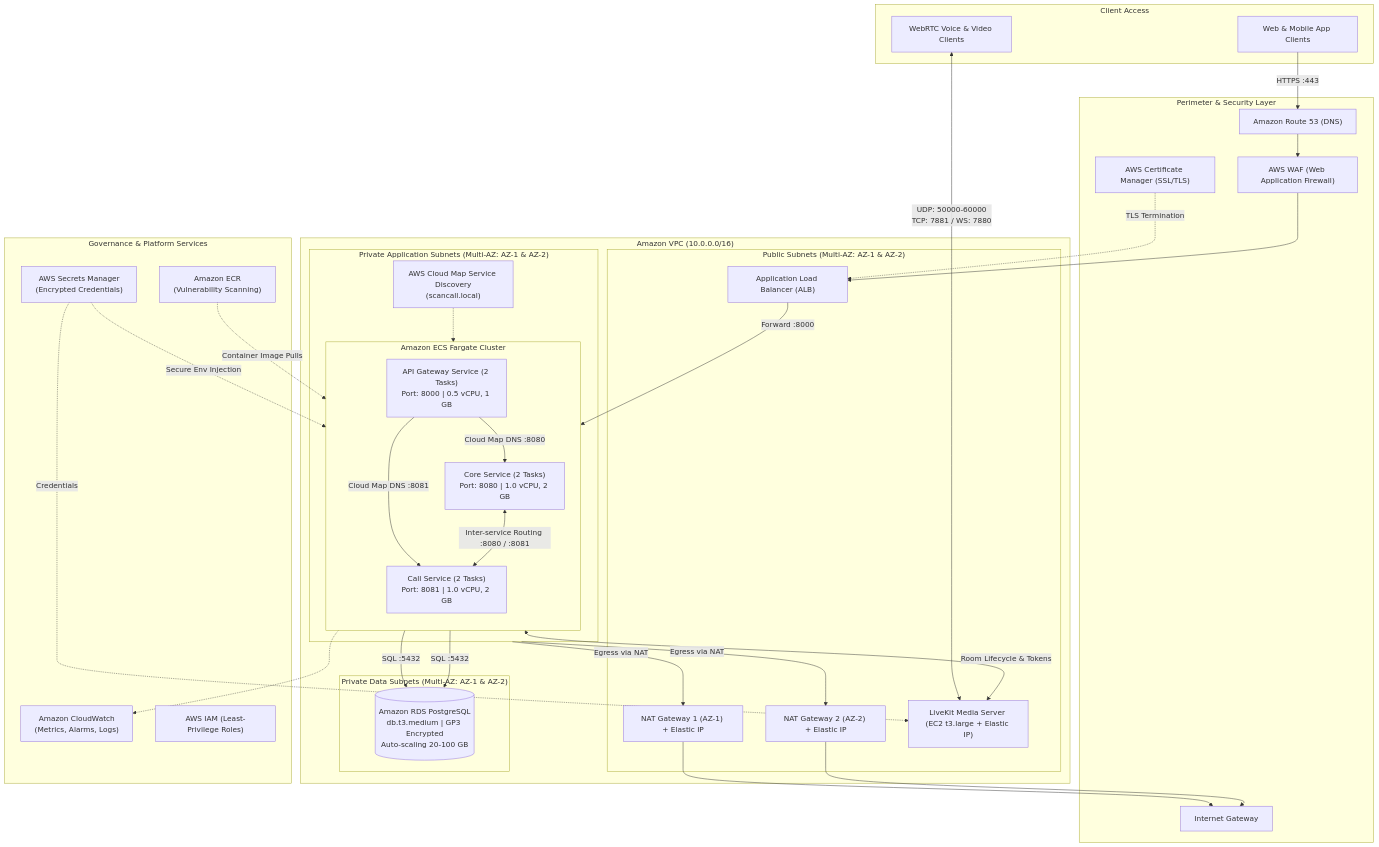
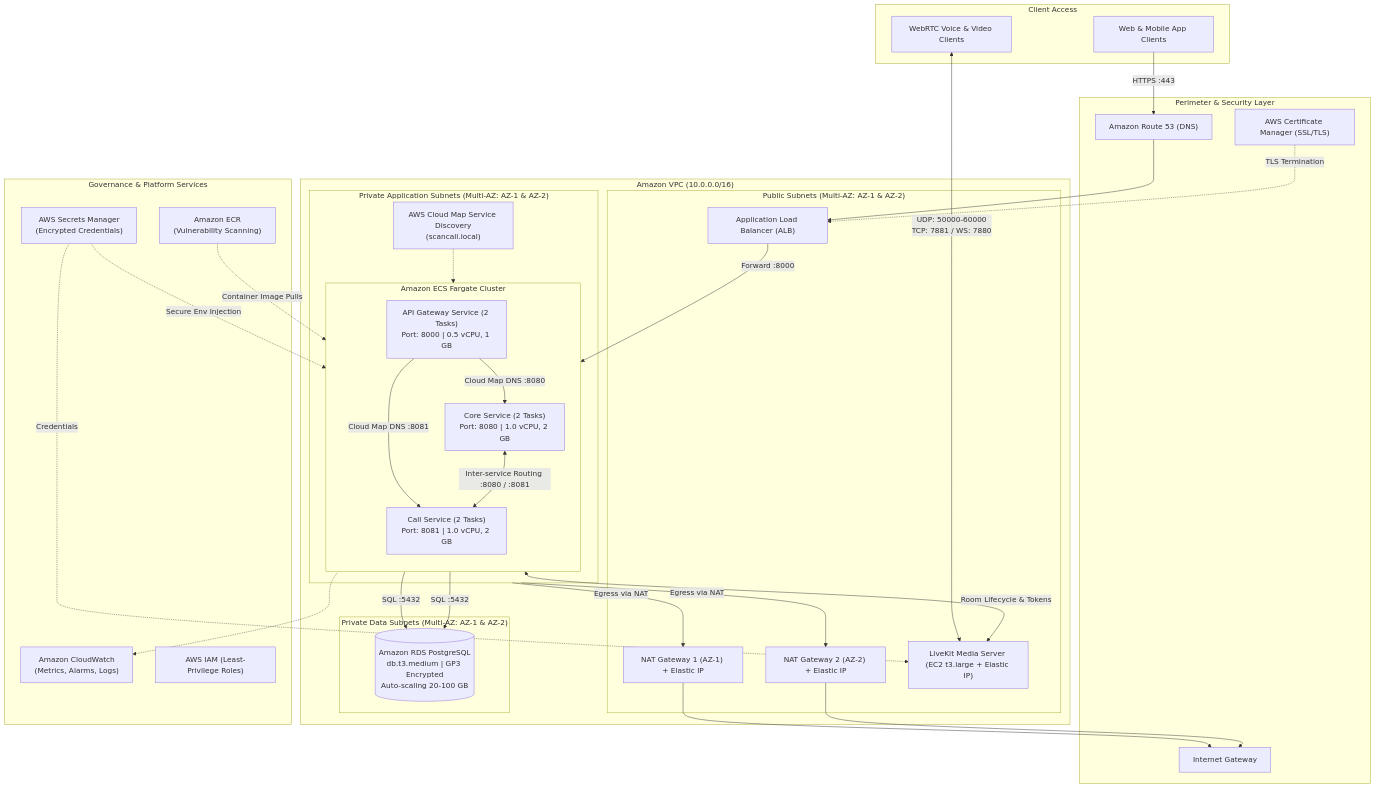
One commit to Devinivishaka/scancall_terraform changed the diagram in ARCHITECTURE.md. Above: the diagram before and after it, drawn with Mermaid. The commit also changed other lines of this file and 3 other files, not shown here.

Commit message:
refactor: remove AWS WAF configuration and variables

````diff
--- a/ARCHITECTURE.md
+++ b/ARCHITECTURE.md
@@ -9,81 +9,79 @@
 ```mermaid
 flowchart TD
     %% External Traffic
     subgraph External["Client Access"]
         WebClients["Web & Mobile App Clients"]
         MediaClients["WebRTC Voice & Video Clients"]
     end
 
     %% Edge & Network Perimeter
     subgraph Edge["Perimeter & Security Layer"]
         Route53["Amazon Route 53 (DNS)"]
         ACM["AWS Certificate Manager (SSL/TLS)"]
-        WAF["AWS WAF (Web Application Firewall)"]
         IGW["Internet Gateway"]
     end
 
     %% VPC
     subgraph VPC["Amazon VPC (10.0.0.0/16)"]
 
         %% Public Subnets
         subgraph PublicSubnets["Public Subnets (Multi-AZ: AZ-1 & AZ-2)"]
             ALB["Application Load Balancer (ALB)"]
             NAT1["NAT Gateway 1 (AZ-1) + Elastic IP"]
             NAT2["NAT Gateway 2 (AZ-2) + Elastic IP"]
             LiveKit["LiveKit Media Server (EC2 t3.large + Elastic IP)"]
         end
 
         %% Private Application Subnets
         subgraph AppSubnets["Private Application Subnets (Multi-AZ: AZ-1 & AZ-2)"]
             subgraph ECSCluster["Amazon ECS Fargate Cluster"]
                 direction TB
                 APIGW["API Gateway Service (2 Tasks)<br/>Port: 8000 | 0.5 vCPU, 1 GB"]
                 CoreSvc["Core Service (2 Tasks)<br/>Port: 8080 | 1.0 vCPU, 2 GB"]
                 CallSvc["Call Service (2 Tasks)<br/>Port: 8081 | 1.0 vCPU, 2 GB"]
             end
             CloudMap["AWS Cloud Map Service Discovery<br/>(scancall.local)"]
         end
 
         %% Private Data Subnets
         subgraph DataSubnets["Private Data Subnets (Multi-AZ: AZ-1 & AZ-2)"]
             RDS[("Amazon RDS PostgreSQL<br/>db.t3.medium | GP3 Encrypted<br/>Auto-scaling 20-100 GB")]
         end
     end
 
     %% Security & Management
     subgraph Management["Governance & Platform Services"]
         SecretsMgr["AWS Secrets Manager<br/>(Encrypted Credentials)"]
         ECR["Amazon ECR<br/>(Vulnerability Scanning)"]
         CloudWatch["Amazon CloudWatch<br/>(Metrics, Alarms, Logs)"]
         IAM["AWS IAM (Least-Privilege Roles)"]
     end
 
     %% HTTP / HTTPS Ingress Flow
     WebClients -->|HTTPS :443| Route53
-    Route53 --> WAF
+    Route53 --> ALB
     ACM -.->|TLS Termination| ALB
-    WAF --> ALB
     ALB -->|Forward :8000| APIGW
 
     %% WebRTC Audio / Video Flow
     MediaClients <-->|UDP: 50000-60000<br/>TCP: 7881 / WS: 7880| LiveKit
 
     %% Internal Microservices Routing
     APIGW -->|Cloud Map DNS :8080| CoreSvc
     APIGW -->|Cloud Map DNS :8081| CallSvc
     CoreSvc <-->|Inter-service Routing :8080 / :8081| CallSvc
     CallSvc <-->|Room Lifecycle & Tokens| LiveKit
     CloudMap -.-> ECSCluster
 
     %% Data Layer Flow
     CoreSvc -->|SQL :5432| RDS
     CallSvc -->|SQL :5432| RDS
 
     %% Outbound Egress & Platform Links
     AppSubnets -->|Egress via NAT| NAT1 & NAT2
     NAT1 & NAT2 --> IGW
     SecretsMgr -.->|Secure Env Injection| ECSCluster
     SecretsMgr -.->|Credentials| LiveKit
     ECR -.->|Container Image Pulls| ECSCluster
     ECSCluster -.-> CloudWatch
 ```
````
